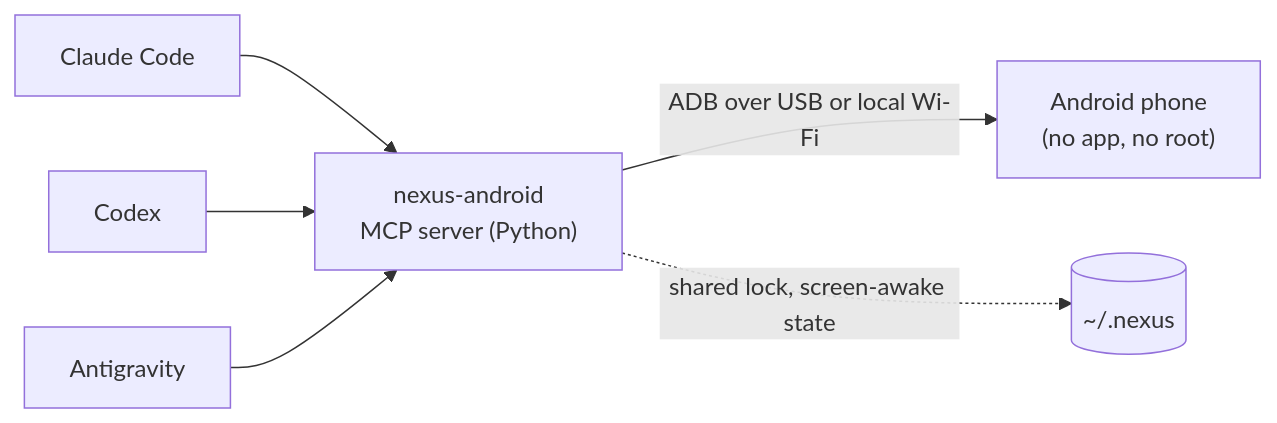
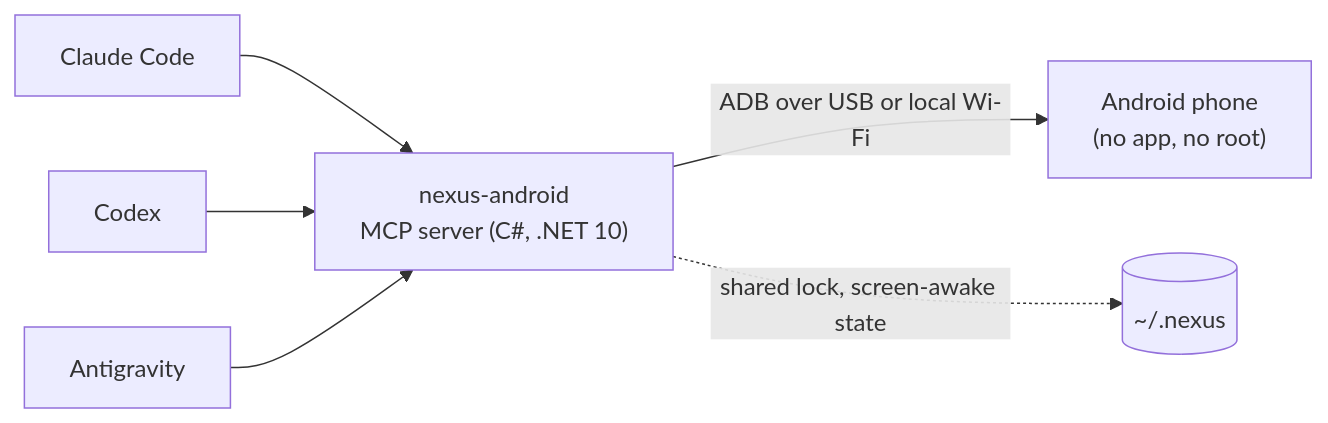
One commit to pironjulien/NexusAndroid changed the diagram in README.md. Above: the diagram before and after it, drawn with Mermaid. The commit also changed other lines of this file and 149 other files, not shown here.

````diff
--- a/README.md
+++ b/README.md
@@ -151,8 +130,8 @@
 ```mermaid
 flowchart LR
     A["Claude Code"] --> S
     B["Codex"] --> S
     C["Antigravity"] --> S
-    S["nexus-android<br/>MCP server (Python)"] -->|"ADB over USB or local Wi-Fi"| P["Android phone<br/>(no app, no root)"]
+    S["nexus-android<br/>MCP server (C#, .NET 10)"] -->|"ADB over USB or local Wi-Fi"| P["Android phone<br/>(no app, no root)"]
     S -.->|"shared lock, screen-awake state"| L[("~/.nexus")]
 ```
````
